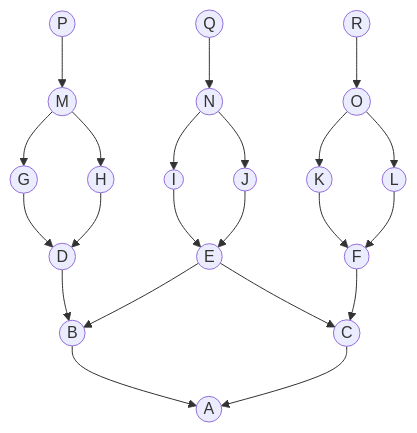
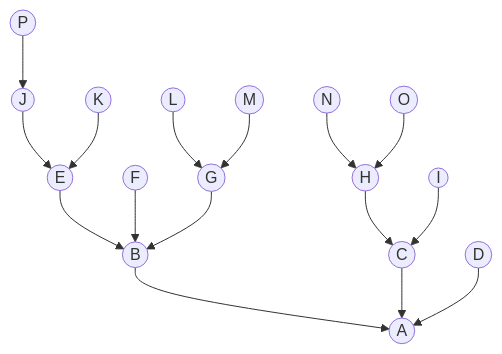
The first of 3 diagrams in task_9/altyn_task_9.md (HSE-algo-23-crow/manual_tasks), drawn with Mermaid before and after one commit. The commit also changed other lines of this file, not shown here.

```diff
--- a/task_9/altyn_task_9.md
+++ b/task_9/altyn_task_9.md
@@ -13,45 +13,18 @@
 ~~~mermaid
-graph  TB
-
+graph  TD
 B((B))  -->  A((A))
-
 C((C))  -->  A((A))
-
-D((D))  -->  B((B))
-
-E((E))  -->  C((C))
-
+D((D))  -->  A((A))
 E((E))  -->  B((B))
-
-F((F))  -->  C((C))
-
-G((G))  -->  D((D))
-
-H((H))  -->  D((D))
-
-I((I))  -->  E((E))
-
+F((F))  -->  B((B))
+P((P))  -->  J((J))
+G((G))  -->  B((B))
+H((H))  -->  C((C))
+I((I))  -->  C((C))
 J((J))  -->  E((E))
-
-K((K))  -->  F((F))
-
-L((L))  -->  F((F))
-
+K((K))  -->  E((E))
+L((L))  -->  G((G))
 M((M))  -->  G((G))
-
-M((M))  -->  H((H))
-
-N((N))  -->  I((I))
-
-N((N))  -->  J((J))
-
-O((O))  -->  K((K))
-
-O((O))  -->  L((L))
-
-P((P))  -->  M((M))
-
-Q((Q))  -->  N((N))
-
-R((R))  -->  O((O))
+N((N))  -->  H((H))
+O((O))  -->  H((H))
 ~~~
```
